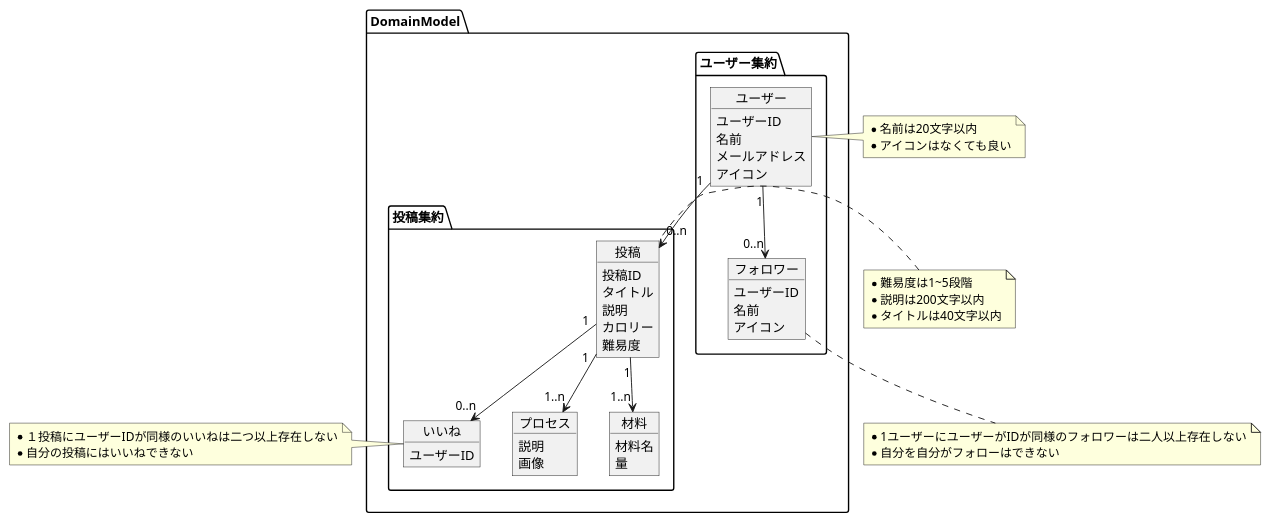
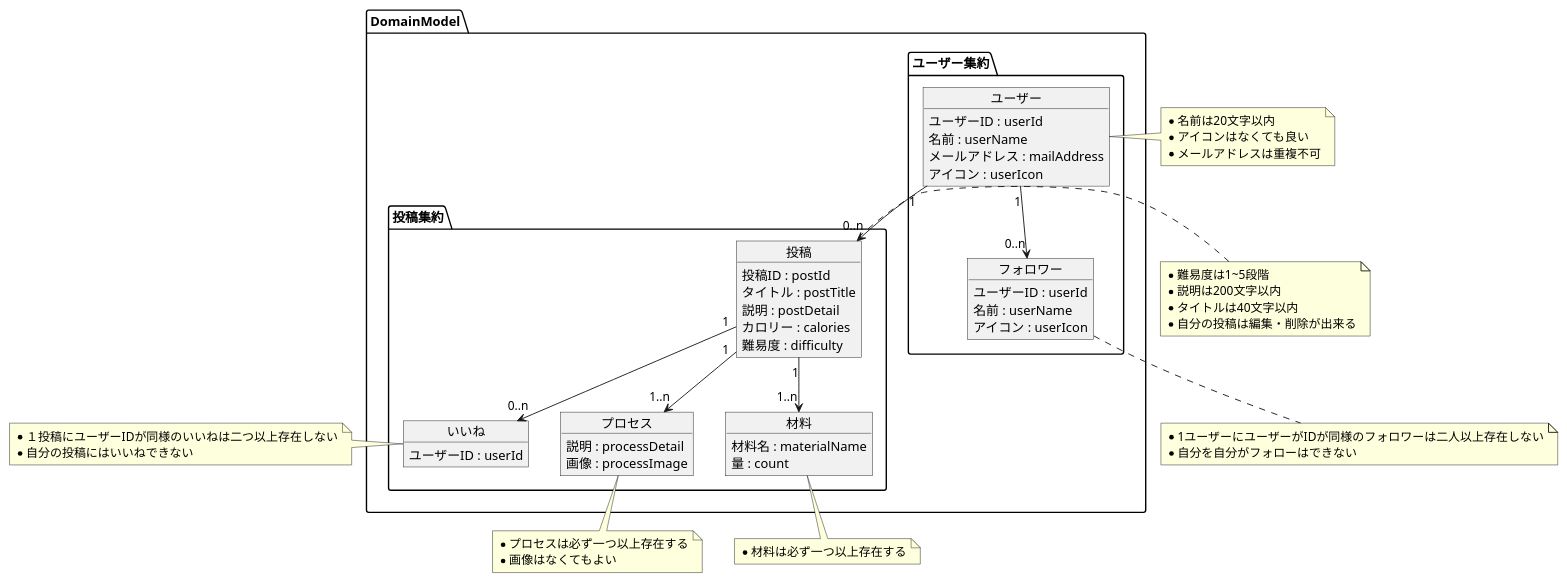
The diagram in docs/modeling.pu (unkly/recipeaceful), drawn with PlantUML before and after one commit. The commit also changed 1 other file, not shown here.

Commit message:
add:論理名を記述＆モデリング修正に伴うentityとモデル図修正

```diff
--- a/docs/modeling.pu
+++ b/docs/modeling.pu
@@ -1,65 +1,76 @@
 @startuml
 	package DomainModel {
 		package ユーザー集約 {
 			object ユーザー {
-				ユーザーID
-				名前
-				メールアドレス
-				アイコン
+				ユーザーID : userId
+				名前 : userName
+				メールアドレス : mailAddress
+				アイコン : userIcon
 			}
 			object フォロワー {
-				ユーザーID
-				名前
-				アイコン
+				ユーザーID : userId
+				名前 : userName
+				アイコン : userIcon
 			}
 		}
 
 		package 投稿集約 {
 			object 投稿 {
-				投稿ID
-				タイトル
-				説明
-				カロリー
-				難易度
+				投稿ID : postId
+				タイトル : postTitle
+				説明 : postDetail
+				カロリー : calories
+				難易度 : difficulty
 			}
 			object いいね {
-				ユーザーID
+				ユーザーID : userId
 			}
 			object プロセス {
-				説明
-				画像
+				説明 : processDetail
+				画像 : processImage
 			}
 			object 材料 {
-				材料名
-				量
+				材料名 : materialName
+				量 : count
 			}
 		}
 	}
 
 	note left of いいね
 		* １投稿にユーザーIDが同様のいいねは二つ以上存在しない
 		* 自分の投稿にはいいねできない
 	end note
 
 	note left of 投稿
 		* 難易度は1~5段階
 		* 説明は200文字以内
 		* タイトルは40文字以内
+		* 自分の投稿は編集・削除が出来る
 	end note
 
 	note bottom of フォロワー
 		* 1ユーザーにユーザーがIDが同様のフォロワーは二人以上存在しない
 		* 自分を自分がフォローはできない
 	end note
 
 	note right of ユーザー
 		* 名前は20文字以内
 		* アイコンはなくても良い
+		* メールアドレスは重複不可
+	end note
+
+	note bottom of プロセス
+		* プロセスは必ず一つ以上存在する
+		* 画像はなくてもよい
+	end note
+
+	note bottom of 材料
+		* 材料は必ず一つ以上存在する
 	end note
 
 	ユーザー "1" --> "0..n" フォロワー
 	ユーザー "1" --> "0..n" 投稿
 	投稿 "1" --> "0..n" いいね
 	投稿 "1" --> "1..n" 材料
 	投稿 "1" --> "1..n" プロセス
 @enduml
```
